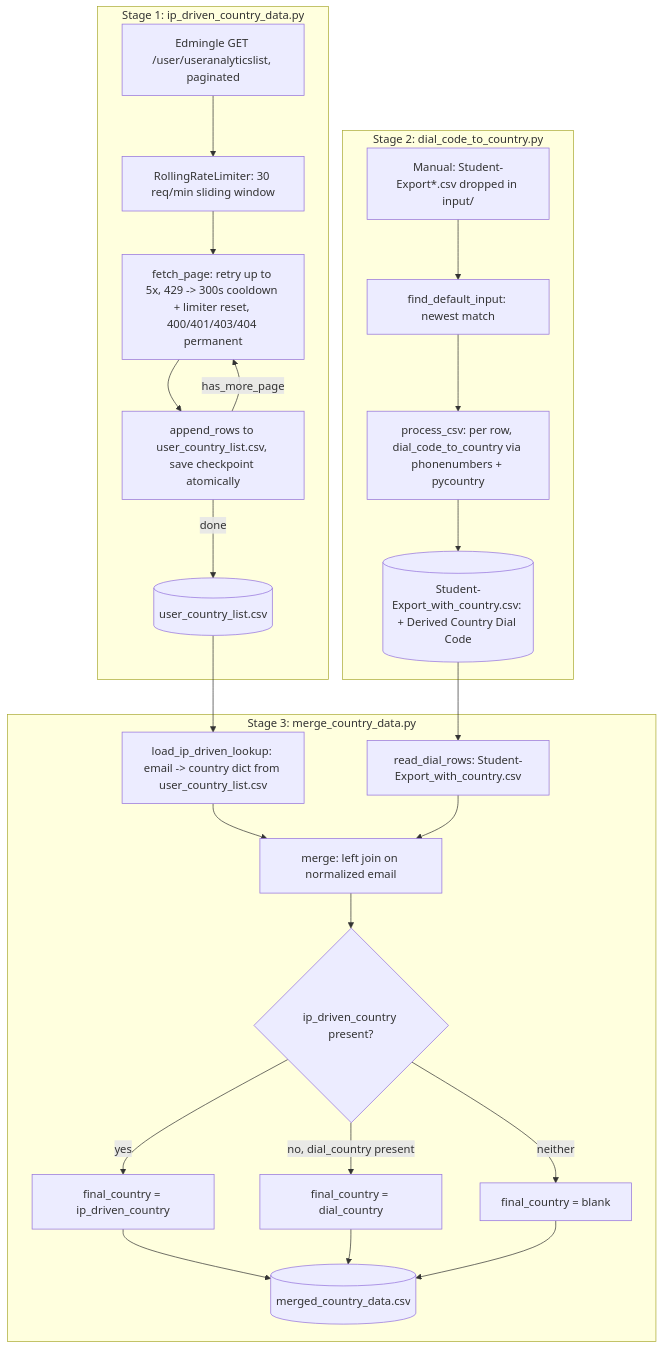
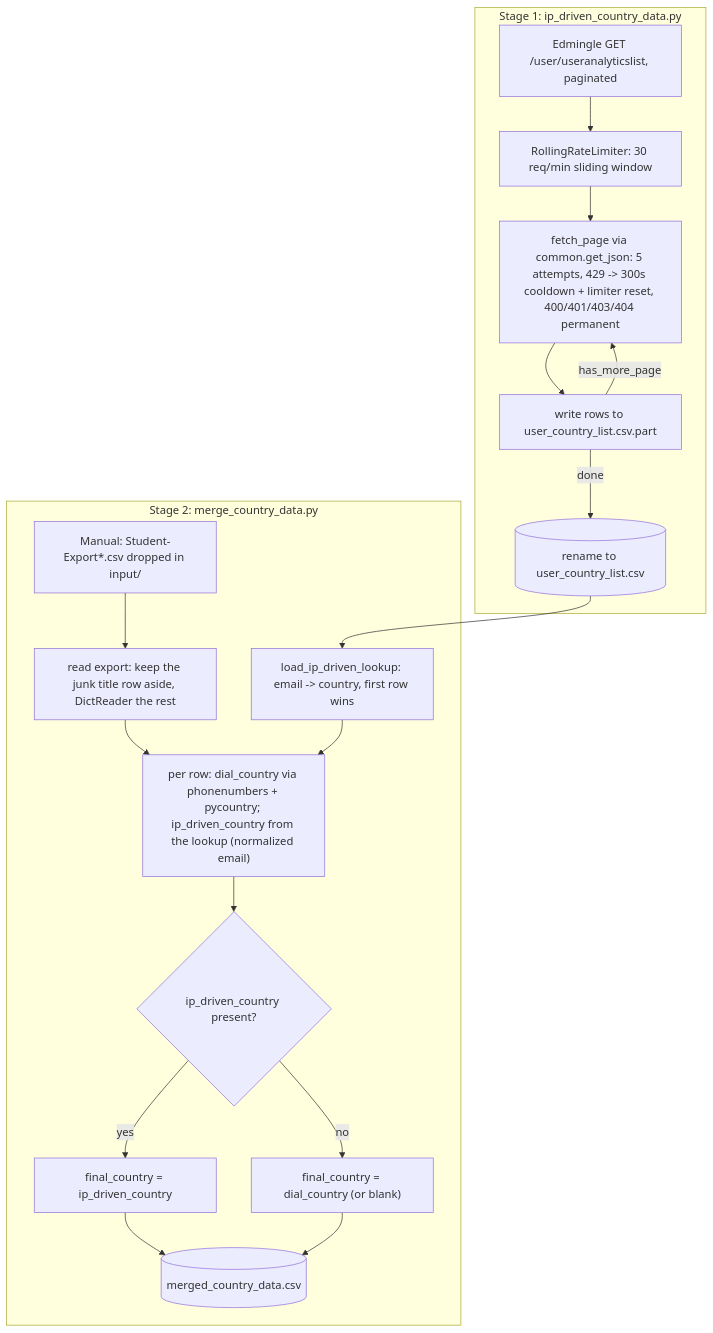
The diagram in country_wise_data/COUNTRY_WISE_DATA.md (shubhamvyoma-oss/ela_datasets), drawn with Mermaid before and after one commit. The commit also changed other lines of this file and 7 other files, not shown here.

First line of the commit message:
country_wise_data: Stage 1 writes the file whole-or-nothing; the dial-code step becomes part of the merge

````diff
--- a/country_wise_data/COUNTRY_WISE_DATA.md
+++ b/country_wise_data/COUNTRY_WISE_DATA.md
@@ -15,28 +16,21 @@
 ```mermaid
 flowchart TD
     subgraph Stage1["Stage 1: ip_driven_country_data.py"]
         A1[Edmingle GET /user/useranalyticslist, paginated] --> A2[RollingRateLimiter: 30 req/min sliding window]
-        A2 --> A3[fetch_page: retry up to 5x, 429 -> 300s cooldown + limiter reset, 400/401/403/404 permanent]
-        A3 --> A4[append_rows to user_country_list.csv, save checkpoint atomically]
+        A2 --> A3["fetch_page via common.get_json: 5 attempts, 429 -> 300s cooldown + limiter reset, 400/401/403/404 permanent"]
+        A3 --> A4[write rows to user_country_list.csv.part]
         A4 -->|has_more_page| A3
-        A4 -->|done| A5[(user_country_list.csv)]
+        A4 -->|done| A5[(rename to user_country_list.csv)]
     end
-    subgraph Stage2["Stage 2: dial_code_to_country.py"]
-        B1[Manual: Student-Export*.csv dropped in input/] --> B2[find_default_input: newest match]
-        B2 --> B3[process_csv: per row, dial_code_to_country via phonenumbers + pycountry]
-        B3 --> B4[(Student-Export_with_country.csv: + Derived Country Dial Code)]
+    subgraph Stage2["Stage 2: merge_country_data.py"]
+        B1[Manual: Student-Export*.csv dropped in input/] --> B2[read export: keep the junk title row aside, DictReader the rest]
+        A5 --> B3[load_ip_driven_lookup: email -> country, first row wins]
+        B2 --> B4["per row: dial_country via phonenumbers + pycountry; ip_driven_country from the lookup (normalized email)"]
+        B3 --> B4
+        B4 --> B5{ip_driven_country present?}
+        B5 -->|yes| B6[final_country = ip_driven_country]
+        B5 -->|no| B7["final_country = dial_country (or blank)"]
+        B6 --> B8[(merged_country_data.csv)]
+        B7 --> B8
     end
-    subgraph Stage3["Stage 3: merge_country_data.py"]
-        C1[load_ip_driven_lookup: email -> country dict from user_country_list.csv] --> C3
-        B4 --> C2[read_dial_rows: Student-Export_with_country.csv]
-        C2 --> C3[merge: left join on normalized email]
-        C3 --> C4{ip_driven_country present?}
-        C4 -->|yes| C5[final_country = ip_driven_country]
-        C4 -->|no, dial_country present| C6[final_country = dial_country]
-        C4 -->|neither| C7[final_country = blank]
-        C5 --> C8[(merged_country_data.csv)]
-        C6 --> C8
-        C7 --> C8
-    end
-    A5 --> C1
 ```
````
